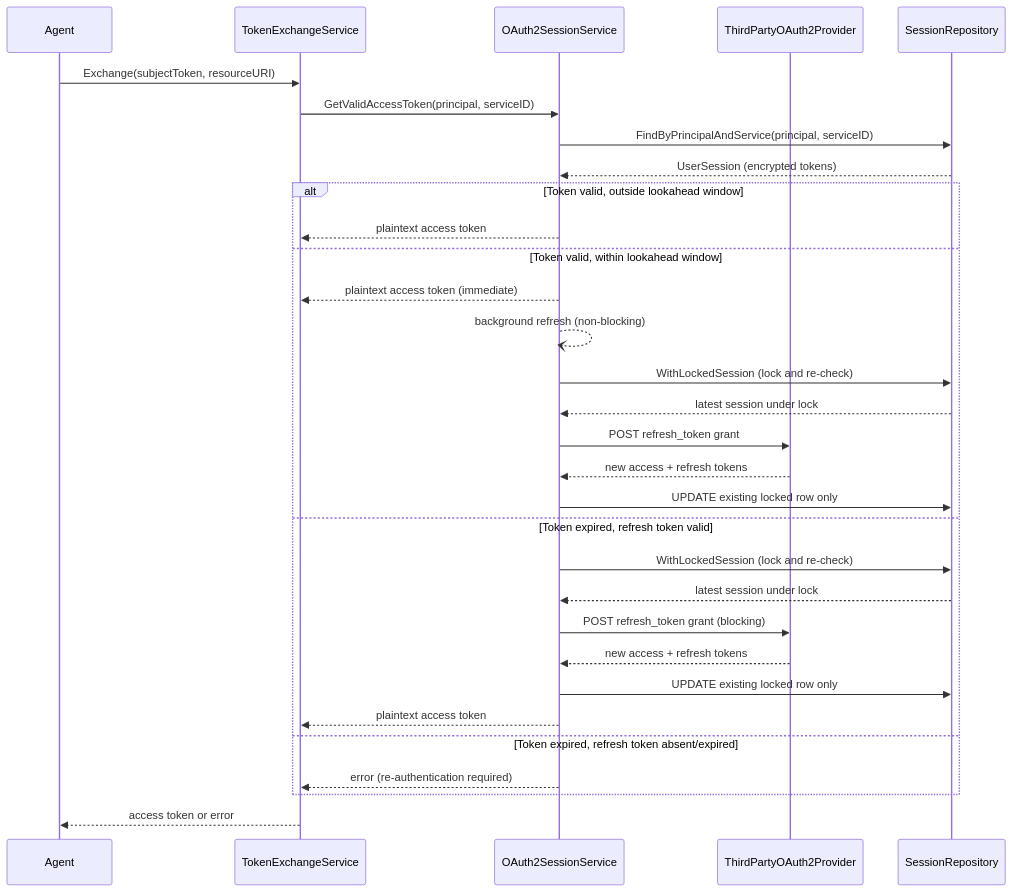
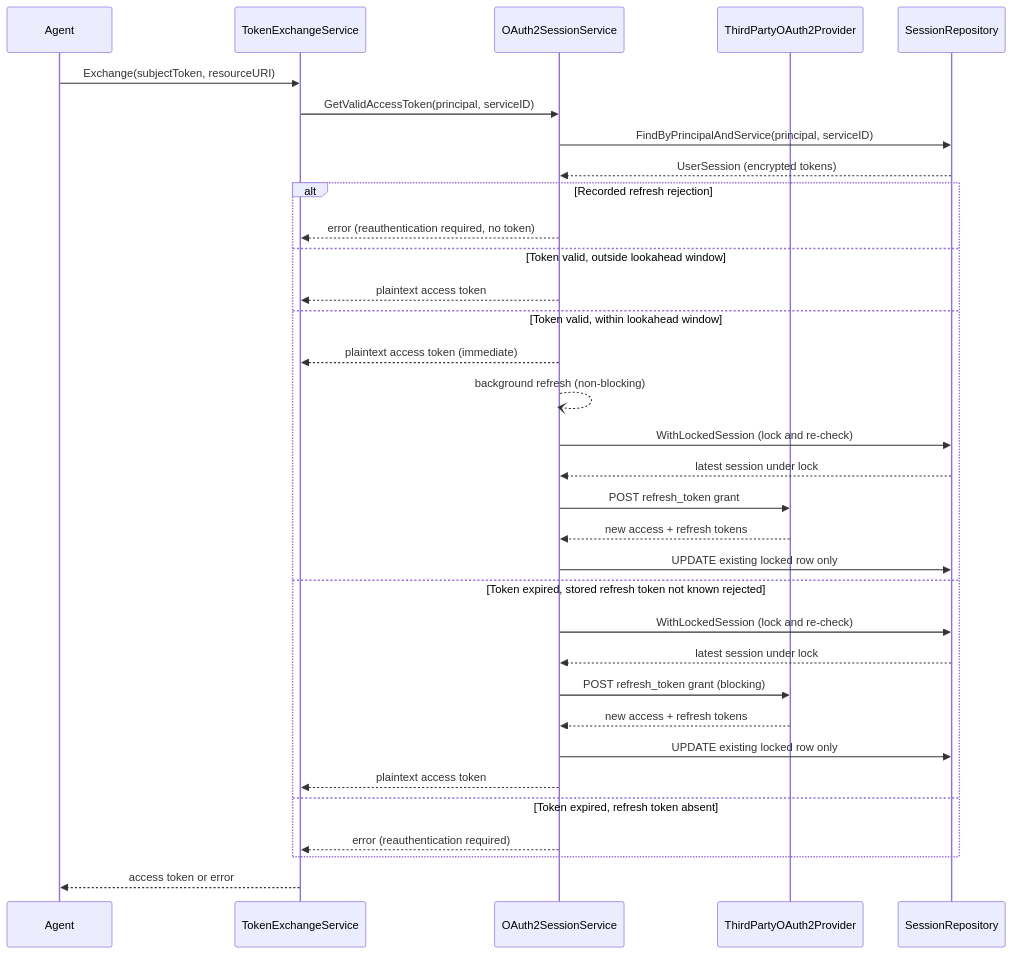
The first of 2 diagrams in specs/029-proactive-token-refresh/spec.md (zalando-incubator/agentic-identity-broker), drawn with Mermaid before and after one commit. The commit also changed other lines of this file and 137 other files, not shown here.

````diff
--- a/specs/029-proactive-token-refresh/spec.md
+++ b/specs/029-proactive-token-refresh/spec.md
@@ -104,36 +129,38 @@
 ```mermaid
 sequenceDiagram
     participant Agent
     participant TokenExchangeService
     participant OAuth2SessionService
     participant ThirdPartyOAuth2Provider
     participant SessionRepository
 
     Agent->>TokenExchangeService: Exchange(subjectToken, resourceURI)
     TokenExchangeService->>OAuth2SessionService: GetValidAccessToken(principal, serviceID)
     OAuth2SessionService->>SessionRepository: FindByPrincipalAndService(principal, serviceID)
     SessionRepository-->>OAuth2SessionService: UserSession (encrypted tokens)
 
-    alt Token valid, outside lookahead window
+    alt Recorded refresh rejection
+        OAuth2SessionService-->>TokenExchangeService: error (reauthentication required, no token)
+    else Token valid, outside lookahead window
         OAuth2SessionService-->>TokenExchangeService: plaintext access token
     else Token valid, within lookahead window
         OAuth2SessionService-->>TokenExchangeService: plaintext access token (immediate)
         OAuth2SessionService--)OAuth2SessionService: background refresh (non-blocking)
         OAuth2SessionService->>SessionRepository: WithLockedSession (lock and re-check)
         SessionRepository-->>OAuth2SessionService: latest session under lock
         OAuth2SessionService->>ThirdPartyOAuth2Provider: POST refresh_token grant
         ThirdPartyOAuth2Provider-->>OAuth2SessionService: new access + refresh tokens
         OAuth2SessionService->>SessionRepository: UPDATE existing locked row only
-    else Token expired, refresh token valid
+    else Token expired, stored refresh token not known rejected
         OAuth2SessionService->>SessionRepository: WithLockedSession (lock and re-check)
         SessionRepository-->>OAuth2SessionService: latest session under lock
         OAuth2SessionService->>ThirdPartyOAuth2Provider: POST refresh_token grant (blocking)
         ThirdPartyOAuth2Provider-->>OAuth2SessionService: new access + refresh tokens
         OAuth2SessionService->>SessionRepository: UPDATE existing locked row only
         OAuth2SessionService-->>TokenExchangeService: plaintext access token
-    else Token expired, refresh token absent/expired
-        OAuth2SessionService-->>TokenExchangeService: error (re-authentication required)
+    else Token expired, refresh token absent
+        OAuth2SessionService-->>TokenExchangeService: error (reauthentication required)
     end
 
     TokenExchangeService-->>Agent: access token or error
 ```
````
